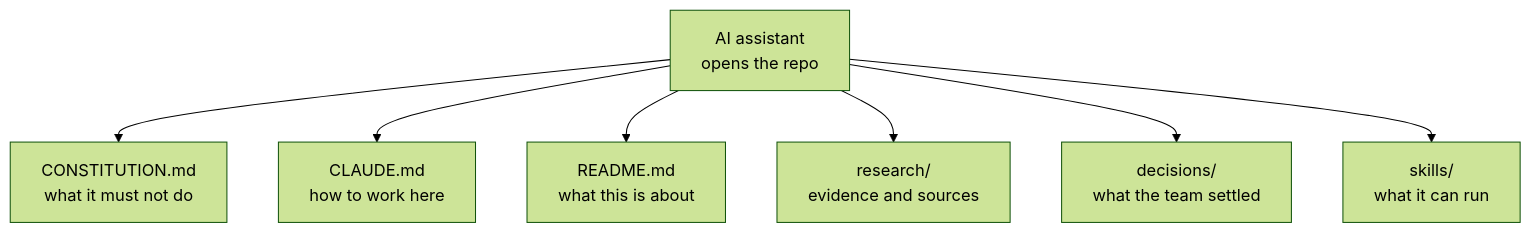
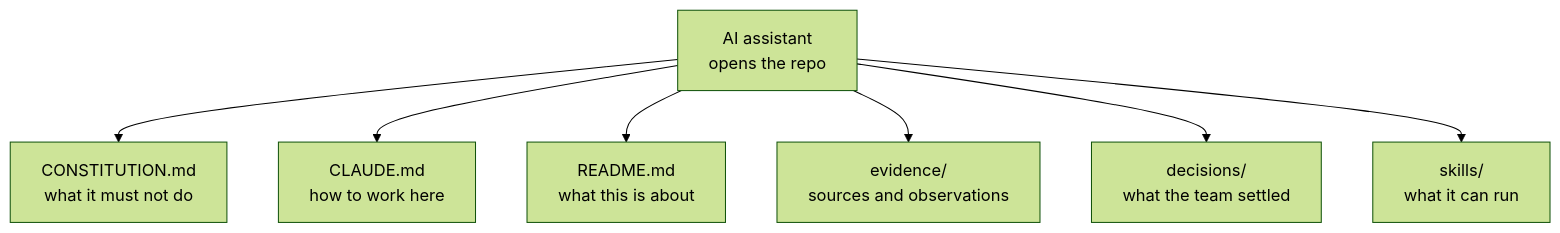
Before and after one commit to Productside/Productside-Github4PMs: the diagram in docs/diagrams/20-what-the-ai-reads-when-it-opens-the-repo.md, drawn with Mermaid (forest theme). The commit also changed other lines of this file and 206 other files, not shown here.

````diff
--- a/docs/diagrams/20-what-the-ai-reads-when-it-opens-the-repo.md
+++ b/docs/diagrams/20-what-the-ai-reads-when-it-opens-the-repo.md
@@ -7,17 +7,17 @@
 ```mermaid
 flowchart TD
   AI["AI assistant<br/>opens the repo"]
   CO["CONSTITUTION.md<br/>what it must not do"]
   CL["CLAUDE.md<br/>how to work here"]
   RE["README.md<br/>what this is about"]
-  RS["research/<br/>evidence and sources"]
+  RS["evidence/<br/>sources and observations"]
   DC["decisions/<br/>what the team settled"]
   SK["skills/<br/>what it can run"]
 
   AI --> CO
   AI --> CL
   AI --> RE
   AI --> RS
   AI --> DC
   AI --> SK
 ```
````
